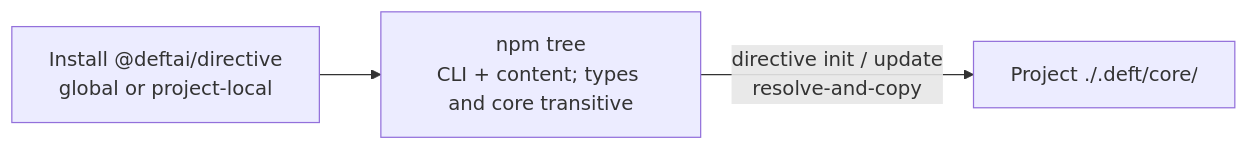
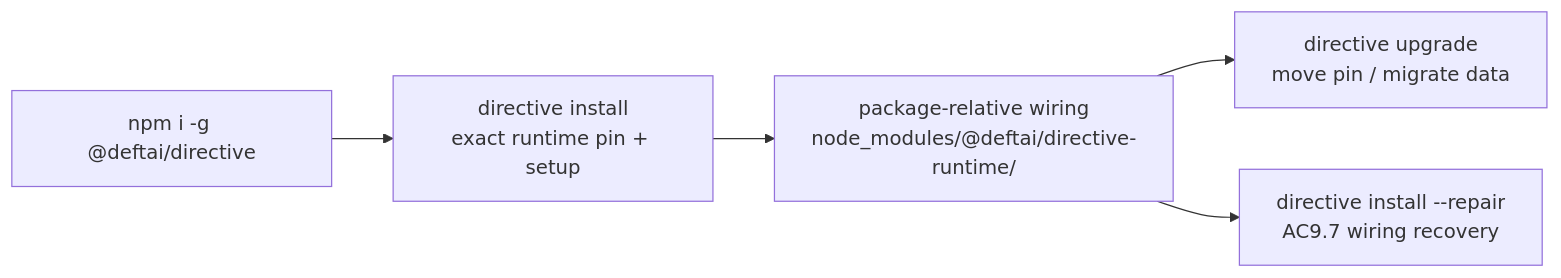
Before and after one commit to deftai/directive: the fifth of 8 diagrams in docs/ARCHITECTURE.md, drawn with Mermaid. The commit also changed other lines of this file and 8 other files, not shown here.

First line of the commit message:
fix(5490): wave3t DEFT-INSTALL-RESIDUAL — Go installer archaeology-only (AC10.10)

````diff
--- a/docs/ARCHITECTURE.md
+++ b/docs/ARCHITECTURE.md
@@ -156,5 +142,7 @@
 ```mermaid
 flowchart LR
-    Install["Install @deftai/directive<br/>global or project-local"] --> Tree["npm tree<br/>CLI + content; types and core transitive"]
-    Tree -->|"directive init / update<br/>resolve-and-copy"| Deposit["Project ./.deft/core/"]
+    Global["npm i -g @deftai/directive"] --> Install["directive install<br/>exact runtime pin + setup"]
+    Install --> Ready["package-relative wiring<br/>node_modules/@deftai/directive-runtime/"]
+    Ready --> Upgrade["directive upgrade<br/>move pin / migrate data"]
+    Ready --> Repair["directive install --repair<br/>AC9.7 wiring recovery"]
 ```
````
